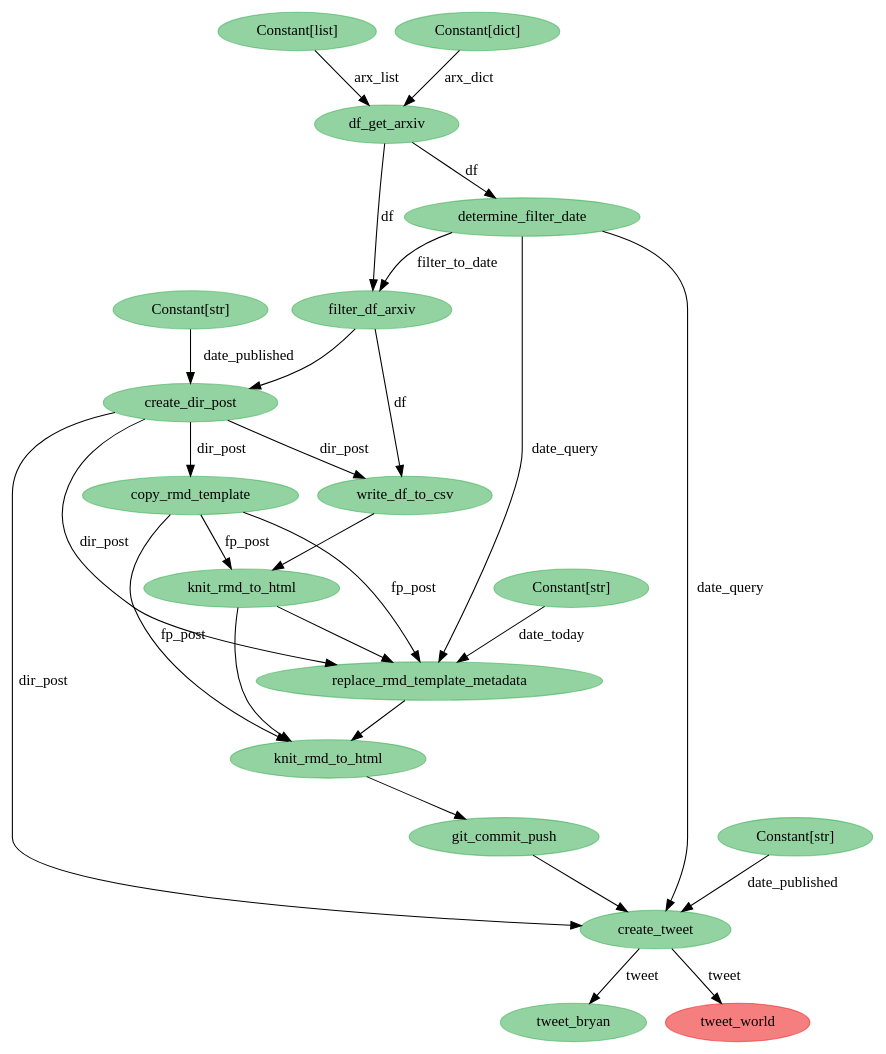
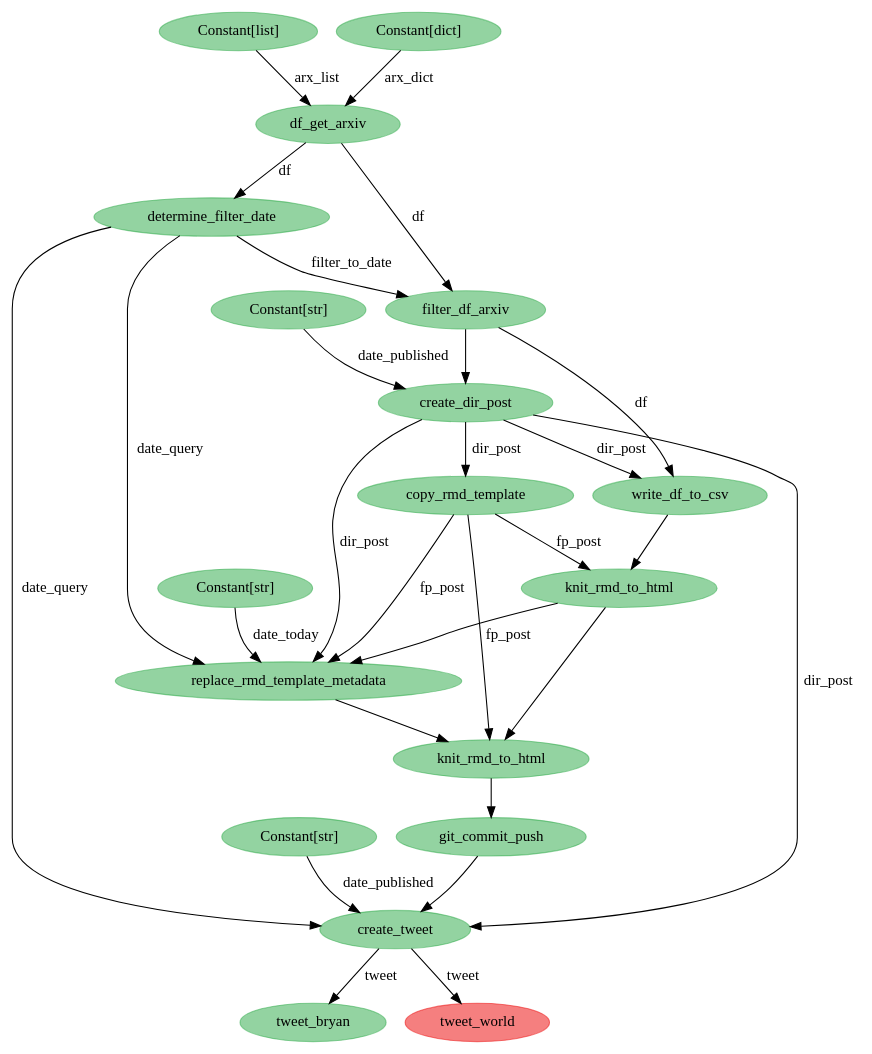
One commit to bryanwhiting/ds-arxiv changed the diagram in python/state-viz.dot. Above: the diagram before and after it, drawn with Graphviz. The commit also changed 3 other files, not shown here.

```diff
--- a/python/state-viz.dot
+++ b/python/state-viz.dot
@@ -1,47 +1,47 @@
 digraph {
-	4662061392 [label=create_tweet color="#28a74580" colorscheme=svg shape=ellipse style=filled]
-	4662060816 [label=knit_rmd_to_html color="#28a74580" colorscheme=svg shape=ellipse style=filled]
-	4662061840 [label=tweet_bryan color="#28a74580" colorscheme=svg shape=ellipse style=filled]
-	4662060240 [label="Constant[str]" color="#28a74580" colorscheme=svg shape=ellipse style=filled]
-	4662062032 [label=tweet_world color="#eb000080" colorscheme=svg shape=ellipse style=filled]
-	4662021264 [label=df_get_arxiv color="#28a74580" colorscheme=svg shape=ellipse style=filled]
-	4662021712 [label=determine_filter_date color="#28a74580" colorscheme=svg shape=ellipse style=filled]
-	4662021904 [label=filter_df_arxiv color="#28a74580" colorscheme=svg shape=ellipse style=filled]
-	4662020944 [label="Constant[list]" color="#28a74580" colorscheme=svg shape=ellipse style=filled]
-	4662021072 [label="Constant[dict]" color="#28a74580" colorscheme=svg shape=ellipse style=filled]
-	4662059088 [label=create_dir_post color="#28a74580" colorscheme=svg shape=ellipse style=filled]
-	4662059600 [label="Constant[str]" color="#28a74580" colorscheme=svg shape=ellipse style=filled]
-	4662059152 [label=write_df_to_csv color="#28a74580" colorscheme=svg shape=ellipse style=filled]
-	4662059728 [label=copy_rmd_template color="#28a74580" colorscheme=svg shape=ellipse style=filled]
-	4662059920 [label=knit_rmd_to_html color="#28a74580" colorscheme=svg shape=ellipse style=filled]
-	4662060176 [label=replace_rmd_template_metadata color="#28a74580" colorscheme=svg shape=ellipse style=filled]
-	4662061136 [label=git_commit_push color="#28a74580" colorscheme=svg shape=ellipse style=filled]
-	4662061456 [label="Constant[str]" color="#28a74580" colorscheme=svg shape=ellipse style=filled]
-	4662021264 -> 4662021712 [label=df]
-	4662061456 -> 4662061392 [label=date_published]
-	4662021904 -> 4662059088
-	4662060816 -> 4662061136
-	4662061392 -> 4662062032 [label=tweet]
-	4662021712 -> 4662021904 [label=filter_to_date]
-	4662021712 -> 4662061392 [label=date_query]
-	4662059728 -> 4662059920 [label=fp_post]
-	4662059728 -> 4662060176 [label=fp_post]
-	4662059728 -> 4662060816 [label=fp_post]
-	4662059088 -> 4662059728 [label=dir_post]
-	4662059088 -> 4662061392 [label=dir_post]
-	4662020944 -> 4662021264 [label=arx_list]
-	4662021264 -> 4662021904 [label=df]
-	4662021904 -> 4662059152 [label=df]
-	4662059088 -> 4662059152 [label=dir_post]
-	4662059600 -> 4662059088 [label=date_published]
-	4662021072 -> 4662021264 [label=arx_dict]
-	4662059152 -> 4662059920
-	4662059920 -> 4662060176
-	4662059920 -> 4662060816
-	4662060176 -> 4662060816
-	4662021712 -> 4662060176 [label=date_query]
-	4662061136 -> 4662061392
-	4662061392 -> 4662061840 [label=tweet]
-	4662059088 -> 4662060176 [label=dir_post]
-	4662060240 -> 4662060176 [label=date_today]
+	4603218448 [label=git_commit_push color="#28a74580" colorscheme=svg shape=ellipse style=filled]
+	4603217488 [label=replace_rmd_template_metadata color="#28a74580" colorscheme=svg shape=ellipse style=filled]
+	4603217552 [label="Constant[str]" color="#28a74580" colorscheme=svg shape=ellipse style=filled]
+	4603218704 [label=create_tweet color="#28a74580" colorscheme=svg shape=ellipse style=filled]
+	4603218768 [label="Constant[str]" color="#28a74580" colorscheme=svg shape=ellipse style=filled]
+	4603207056 [label=df_get_arxiv color="#28a74580" colorscheme=svg shape=ellipse style=filled]
+	4598848528 [label="Constant[list]" color="#28a74580" colorscheme=svg shape=ellipse style=filled]
+	4603206928 [label="Constant[dict]" color="#28a74580" colorscheme=svg shape=ellipse style=filled]
+	4603216144 [label=filter_df_arxiv color="#28a74580" colorscheme=svg shape=ellipse style=filled]
+	4603207376 [label=determine_filter_date color="#28a74580" colorscheme=svg shape=ellipse style=filled]
+	4603216336 [label=create_dir_post color="#28a74580" colorscheme=svg shape=ellipse style=filled]
+	4603216912 [label="Constant[str]" color="#28a74580" colorscheme=svg shape=ellipse style=filled]
+	4603216464 [label=write_df_to_csv color="#28a74580" colorscheme=svg shape=ellipse style=filled]
+	4603217040 [label=copy_rmd_template color="#28a74580" colorscheme=svg shape=ellipse style=filled]
+	4603217232 [label=knit_rmd_to_html color="#28a74580" colorscheme=svg shape=ellipse style=filled]
+	4603218128 [label=knit_rmd_to_html color="#28a74580" colorscheme=svg shape=ellipse style=filled]
+	4603219152 [label=tweet_bryan color="#28a74580" colorscheme=svg shape=ellipse style=filled]
+	4603219344 [label=tweet_world color="#eb000080" colorscheme=svg shape=ellipse style=filled]
+	4603207056 -> 4603216144 [label=df]
+	4603216336 -> 4603217040 [label=dir_post]
+	4603216336 -> 4603218704 [label=dir_post]
+	4603218704 -> 4603219344 [label=tweet]
+	4603217552 -> 4603217488 [label=date_today]
+	4603207376 -> 4603218704 [label=date_query]
+	4603216144 -> 4603216336
+	4603218128 -> 4603218448
+	4603218768 -> 4603218704 [label=date_published]
+	4598848528 -> 4603207056 [label=arx_list]
+	4603206928 -> 4603207056 [label=arx_dict]
+	4603207056 -> 4603207376 [label=df]
+	4603216144 -> 4603216464 [label=df]
+	4603216336 -> 4603216464 [label=dir_post]
+	4603216336 -> 4603217488 [label=dir_post]
+	4603218704 -> 4603219152 [label=tweet]
+	4603207376 -> 4603216144 [label=filter_to_date]
+	4603217040 -> 4603217488 [label=fp_post]
+	4603217040 -> 4603218128 [label=fp_post]
+	4603217040 -> 4603217232 [label=fp_post]
+	4603207376 -> 4603217488 [label=date_query]
+	4603216464 -> 4603217232
+	4603217232 -> 4603217488
+	4603217232 -> 4603218128
+	4603217488 -> 4603218128
+	4603218448 -> 4603218704
+	4603216912 -> 4603216336 [label=date_published]
 }
```
